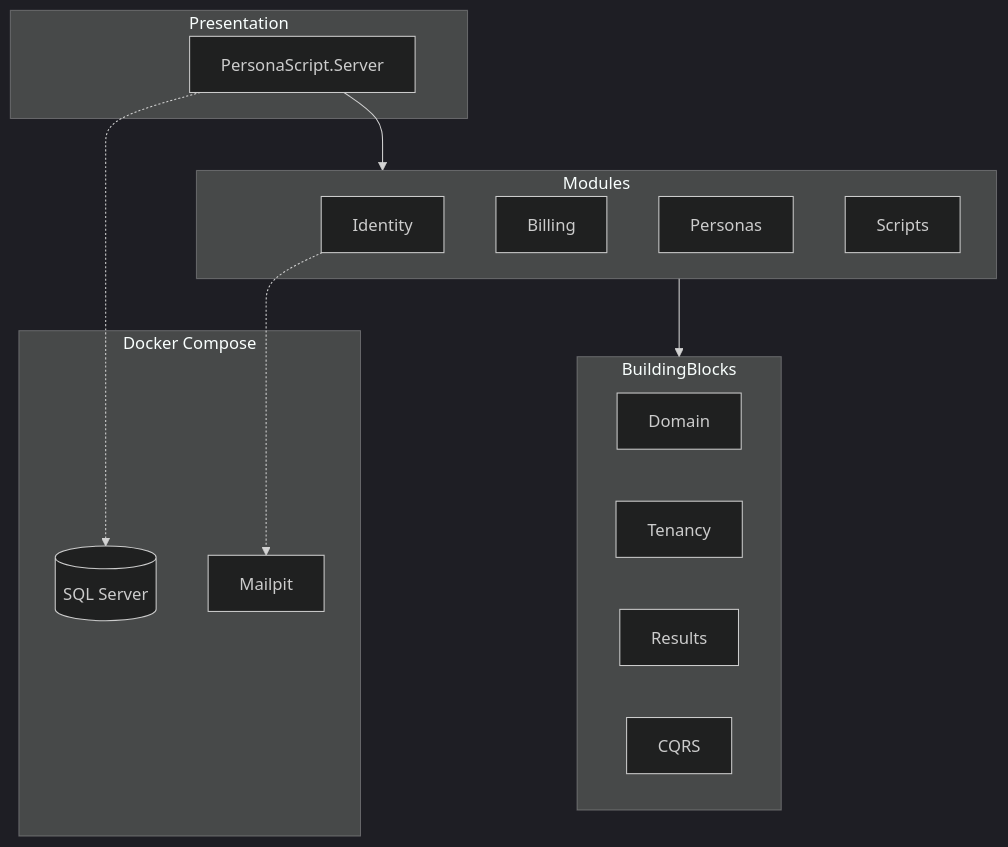
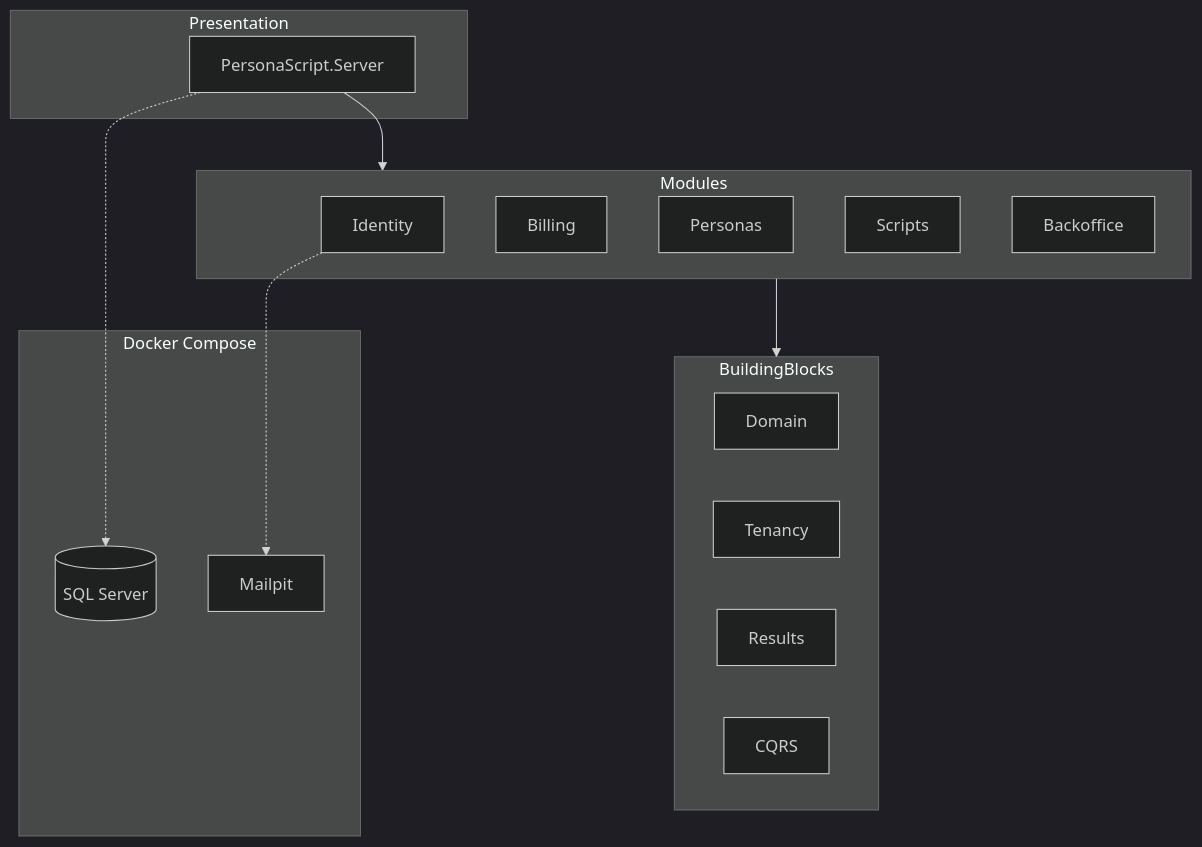
One commit to ronaldocestrela/CopyPersona changed the first of 2 diagrams in docs/ARCHITECTURE.md. Above: the diagram before and after it, drawn with Mermaid (dark theme). The commit also changed 21 other files, not shown here.

````diff
--- a/docs/ARCHITECTURE.md
+++ b/docs/ARCHITECTURE.md
@@ -12,26 +12,27 @@
 ```mermaid
 flowchart TB
   subgraph presentation [Presentation]
     Server[PersonaScript.Server]
   end
   subgraph modules [Modules]
     Identity
     Billing
     Personas
     Scripts
+    Backoffice
   end
   subgraph blocks [BuildingBlocks]
     Domain
     Tenancy
     Results
     CQRS
   end
   subgraph infra [Docker Compose]
     SQL[(SQL Server)]
     Mail[Mailpit]
   end
   Server --> modules
   modules --> blocks
   Server -.-> SQL
   Identity -.-> Mail
 ```
````
